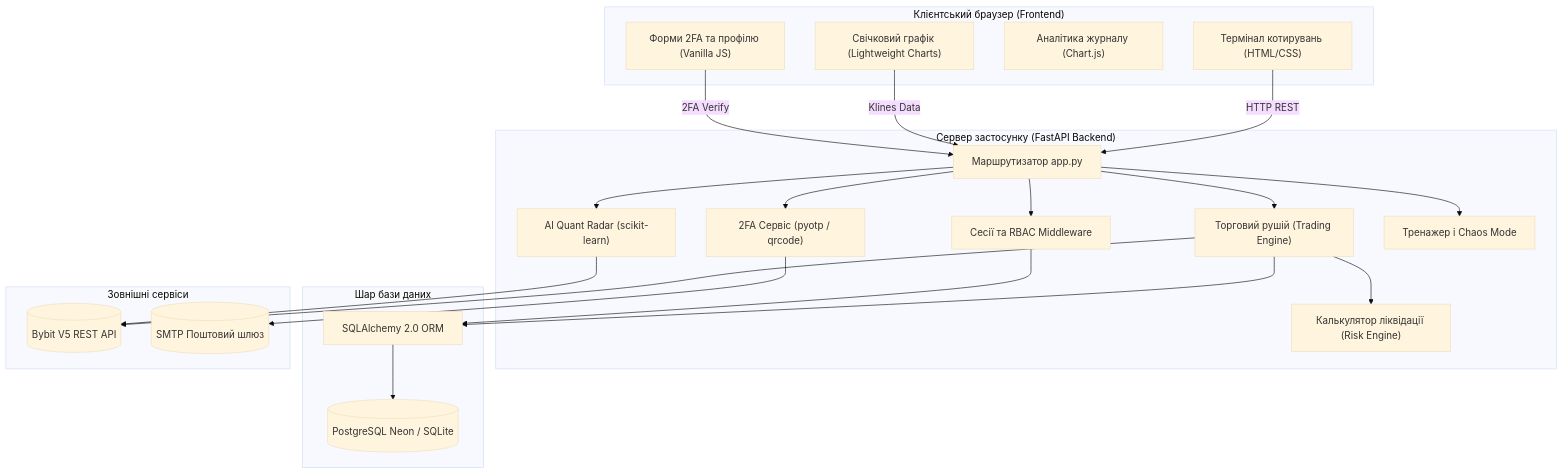
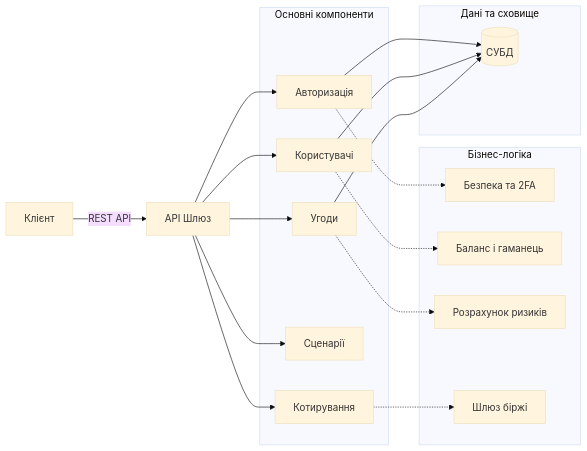
Before and after one commit to Hast1k/bygigabit: the diagram in diagrams/mermaid/04_component_diagram.mmd, drawn with Mermaid (base theme). The commit also changed 43 other files, not shown here.

Commit message:
docs(diagrams): Refactor diagrams with dual use case, generalized names, single state flow, and clean labels

```diff
--- a/diagrams/mermaid/04_component_diagram.mmd
+++ b/diagrams/mermaid/04_component_diagram.mmd
@@ -1,46 +1,36 @@
-flowchart TD
-    subgraph UI ["Клієнтський браузер (Frontend)"]
-        TerminalUI["Термінал котирувань (HTML/CSS)"]
-        Charts["Свічковий графік (Lightweight Charts)"]
-        JournalUI["Аналітика журналу (Chart.js)"]
-        ModalUI["Форми 2FA та профілю (Vanilla JS)"]
+flowchart LR
+    Client["Клієнт"] -->|REST API| Gate["API Шлюз"]
+
+    subgraph Core["Основні компоненти"]
+        Auth["Авторизація"]
+        Users["Користувачі"]
+        Orders["Угоди"]
+        Scen["Сценарії"]
+        Mkt["Котирування"]
     end
 
-    subgraph API ["Сервер застосунку (FastAPI Backend)"]
-        Router["Маршрутизатор app.py"]
-        AuthMid["Сесії та RBAC Middleware"]
-        TradeEngine["Торговий рушій (Trading Engine)"]
-        RiskEngine["Калькулятор ліквідації (Risk Engine)"]
-        TOTPSrv["2FA Сервіс (pyotp / qrcode)"]
-        MLSrv["AI Quant Radar (scikit-learn)"]
-        ChaosSrv["Тренажер і Chaos Mode"]
+    Gate --> Auth
+    Gate --> Users
+    Gate --> Orders
+    Gate --> Scen
+    Gate --> Mkt
+
+    subgraph Logic["Бізнес-логіка"]
+        Sec["Безпека та 2FA"]
+        Wallet["Баланс і гаманець"]
+        Risk["Розрахунок ризиків"]
+        Exch["Шлюз біржі"]
     end
 
-    subgraph Data ["Шар бази даних"]
-        ORM["SQLAlchemy 2.0 ORM"]
-        DB[(PostgreSQL Neon / SQLite)]
+    Auth -.-> Sec
+    Users -.-> Wallet
+    Orders -.-> Risk
+    Mkt -.-> Exch
+
+    subgraph Data["Дані та сховище"]
+        DB[("СУБД")]
     end
 
-    subgraph External ["Зовнішні сервіси"]
-        Bybit[("Bybit V5 REST API")]
-        SMTP[("SMTP Поштовий шлюз")]
-    end
-
-    TerminalUI -->|HTTP REST| Router
-    Charts -->|Klines Data| Router
-    ModalUI -->|2FA Verify| Router
-
-    Router --> AuthMid
-    Router --> TradeEngine
-    Router --> TOTPSrv
-    Router --> MLSrv
-    Router --> ChaosSrv
-
-    TradeEngine --> RiskEngine
-    TradeEngine --> Bybit
-    MLSrv --> Bybit
-    TOTPSrv --> SMTP
-
-    TradeEngine --> ORM
-    AuthMid --> ORM
-    ORM --> DB
+    Orders --> DB
+    Users --> DB
+    Auth --> DB
```
